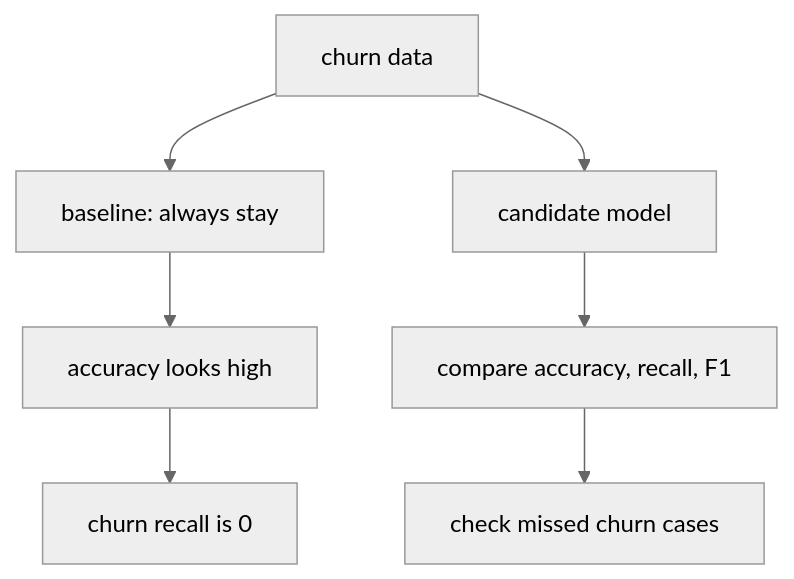
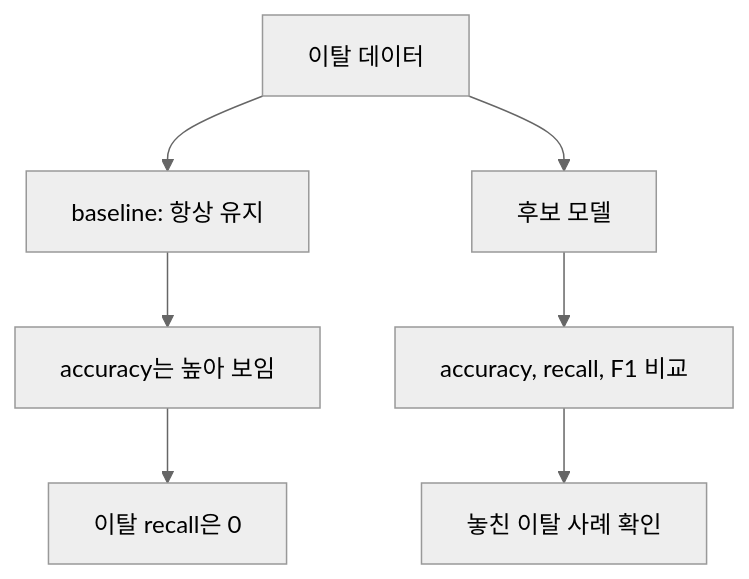
One commit to devchan64/AiBook changed the diagram in docs/parts/part-04/chapter-08/section-03.md. Above: the diagram before and after it, drawn with Mermaid (neutral theme). The commit also changed other lines of this file and 138 other files, not shown here.

````diff
--- a/docs/parts/part-04/chapter-08/section-03.md
+++ b/docs/parts/part-04/chapter-08/section-03.md
@@ -97,13 +97,13 @@
 ```mermaid
 flowchart TD
-  A["churn data"]
-  B["baseline: always stay"]
-  C["accuracy looks high"]
-  D["churn recall is 0"]
-  E["candidate model"]
-  F["compare accuracy, recall, F1"]
-  G["check missed churn cases"]
+  A["이탈 데이터"]
+  B["baseline: 항상 유지"]
+  C["accuracy는 높아 보임"]
+  D["이탈 recall은 0"]
+  E["후보 모델"]
+  F["accuracy, recall, F1 비교"]
+  G["놓친 이탈 사례 확인"]
 
   A --> B --> C --> D
   A --> E --> F --> G
 ```
````
